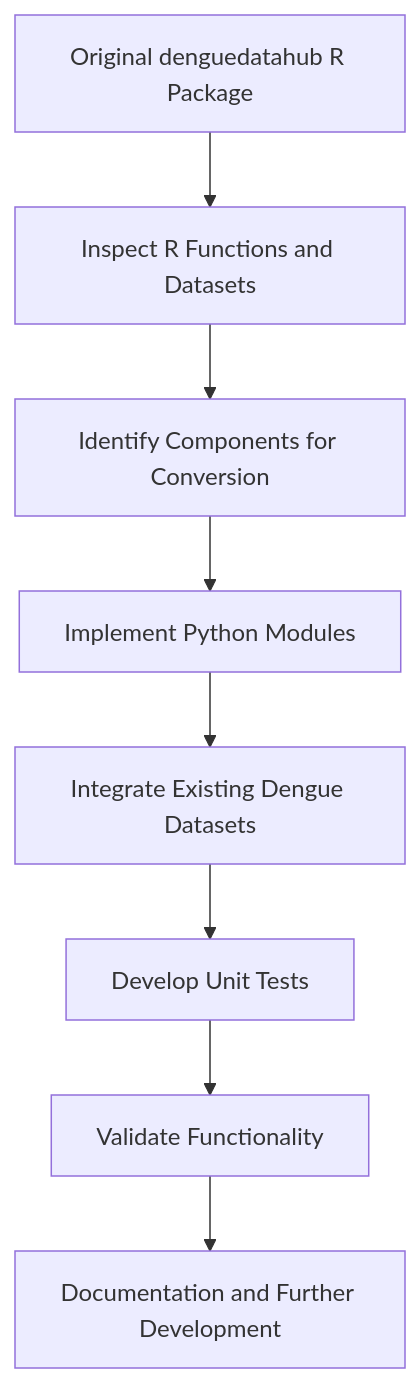
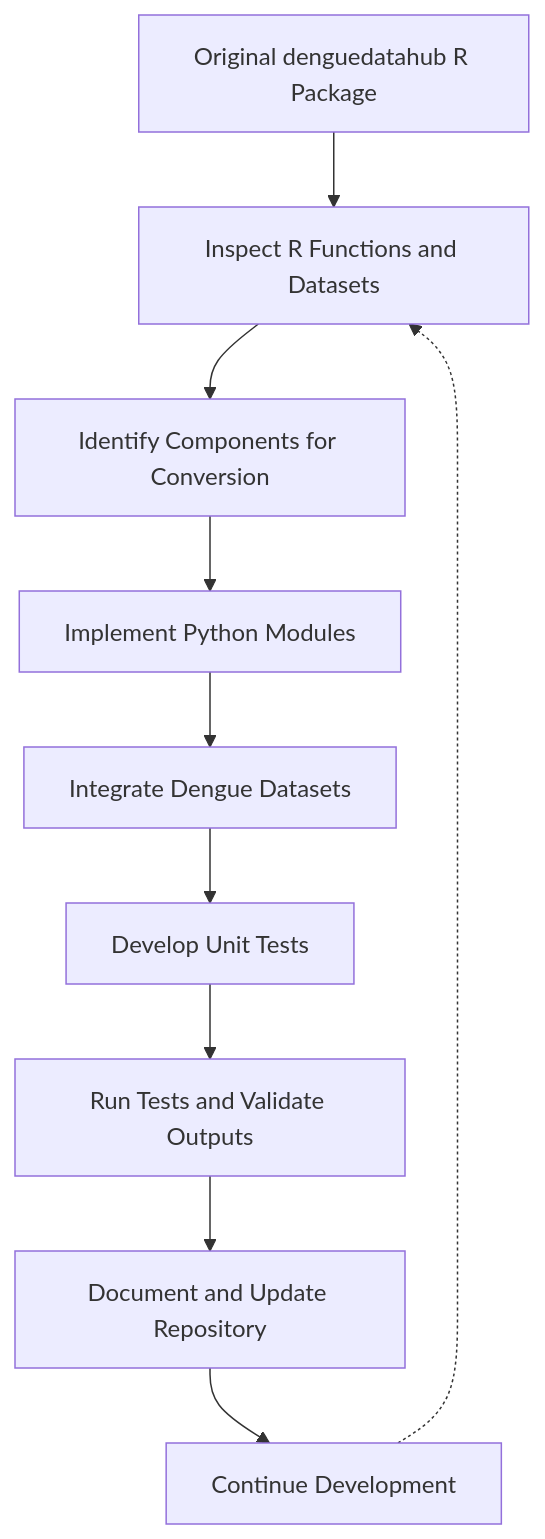
Before and after one commit to thiyangt/denguedatahubpythonicway: the diagram in README.md, drawn with Mermaid. The commit also changed other lines of this file, not shown here.

````diff
--- a/README.md
+++ b/README.md
@@ -75,19 +80,22 @@
 ```mermaid
 flowchart TD
     A["Original denguedatahub R Package"]
     B["Inspect R Functions and Datasets"]
     C["Identify Components for Conversion"]
     D["Implement Python Modules"]
-    E["Integrate Existing Dengue Datasets"]
+    E["Integrate Dengue Datasets"]
     F["Develop Unit Tests"]
-    G["Validate Functionality"]
-    H["Documentation and Further Development"]
+    G["Run Tests and Validate Outputs"]
+    H["Document and Update Repository"]
+    I["Continue Development"]
 
     A --> B
     B --> C
     C --> D
     D --> E
     E --> F
     F --> G
     G --> H
+    H --> I
+    I -.-> B
 ```
````
